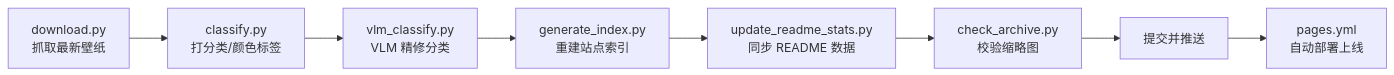
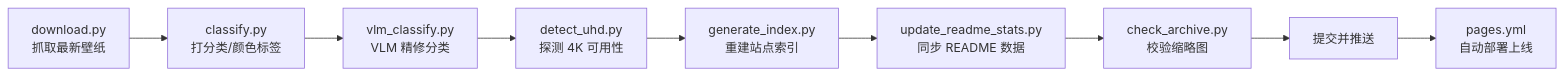
The diagram in README.md (ygnstudio/bing_wallpaper_archive), drawn with Mermaid before and after one commit. The commit also changed other lines of this file and 4 other files, not shown here.

````diff
--- a/README.md
+++ b/README.md
@@ -60,10 +60,11 @@
 ```mermaid
 flowchart LR
     A[download.py<br>抓取最新壁纸] --> B[classify.py<br>打分类/颜色标签]
     B --> B2[vlm_classify.py<br>VLM 精修分类]
-    B2 --> C[generate_index.py<br>重建站点索引]
-    C --> D[update_readme_stats.py<br>同步 README 数据]
-    D --> E[check_archive.py<br>校验缩略图]
-    E --> F[提交并推送]
-    F --> G[pages.yml<br>自动部署上线]
+    B2 --> D[detect_uhd.py<br>探测 4K 可用性]
+    D --> C[generate_index.py<br>重建站点索引]
+    C --> E[update_readme_stats.py<br>同步 README 数据]
+    E --> F[check_archive.py<br>校验缩略图]
+    F --> G[提交并推送]
+    G --> H[pages.yml<br>自动部署上线]
 ```
````
